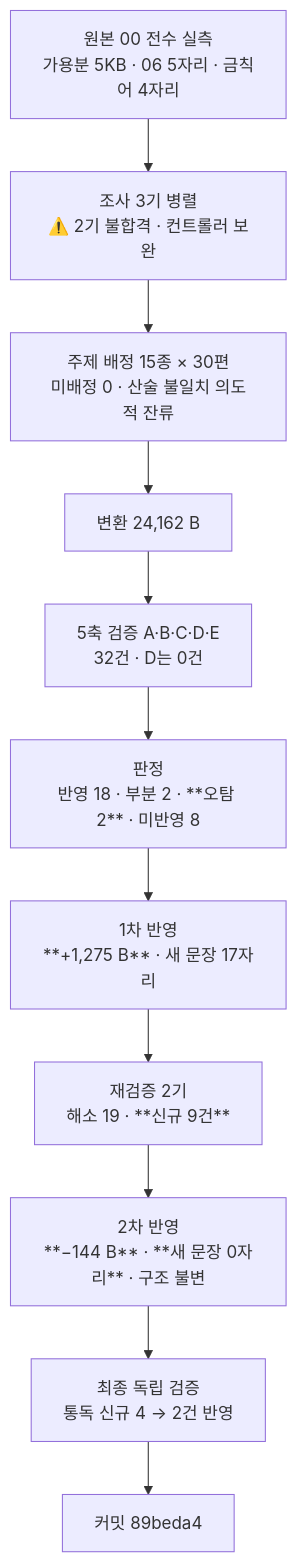
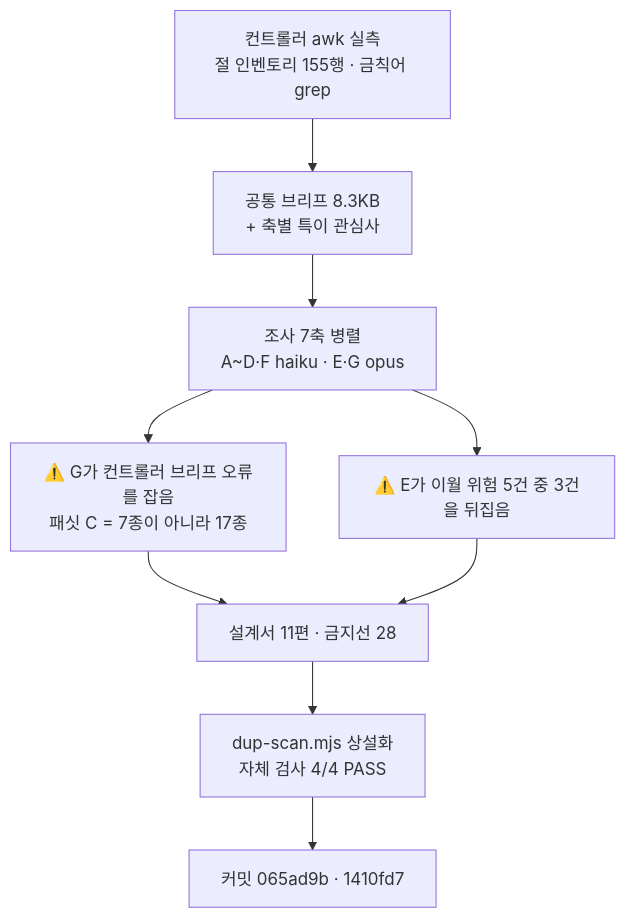
The diagram in HANDOFF.md (withwooyong/withwooyong.github.io), drawn with Mermaid before and after one commit. The commit also changed other lines of this file and 2 other files, not shown here.

````diff
--- a/HANDOFF.md
+++ b/HANDOFF.md
@@ -15,13 +17,11 @@
 ```mermaid
 flowchart TD
-    M["원본 00 전수 실측<br/>가용분 5KB · 06 5자리 · 금칙어 4자리"] --> S["조사 3기 병렬<br/>⚠️ 2기 불합격 · 컨트롤러 보완"]
-    S --> AS["주제 배정 15종 × 30편<br/>미배정 0 · 산술 불일치 의도적 잔류"]
-    AS --> C["변환 24,162 B"]
-    C --> V["5축 검증 A·B·C·D·E<br/>32건 · D는 0건"]
-    V --> J["판정<br/>반영 18 · 부분 2 · **오탐 2** · 미반영 8"]
-    J --> F1["1차 반영<br/>**+1,275 B** · 새 문장 17자리"]
-    F1 --> R["재검증 2기<br/>해소 19 · **신규 9건**"]
-    R --> F2["2차 반영<br/>**−144 B** · **새 문장 0자리** · 구조 불변"]
-    F2 --> FV["최종 독립 검증<br/>통독 신규 4 → 2건 반영"]
-    FV --> G["커밋 89beda4"]
+    M["컨트롤러 awk 실측<br/>절 인벤토리 155행 · 금칙어 grep"] --> BR["공통 브리프 8.3KB<br/>+ 축별 특이 관심사"]
+    BR --> S["조사 7축 병렬<br/>A~D·F haiku · E·G opus"]
+    S --> X["⚠️ G가 컨트롤러 브리프 오류를 잡음<br/>패싯 C = 7종이 아니라 17종"]
+    S --> Y["⚠️ E가 이월 위험 5건 중 3건을 뒤집음"]
+    X --> P["설계서 11편 · 금지선 28"]
+    Y --> P
+    P --> T["dup-scan.mjs 상설화<br/>자체 검사 4/4 PASS"]
+    T --> G2["커밋 065ad9b · 1410fd7"]
 ```
````
